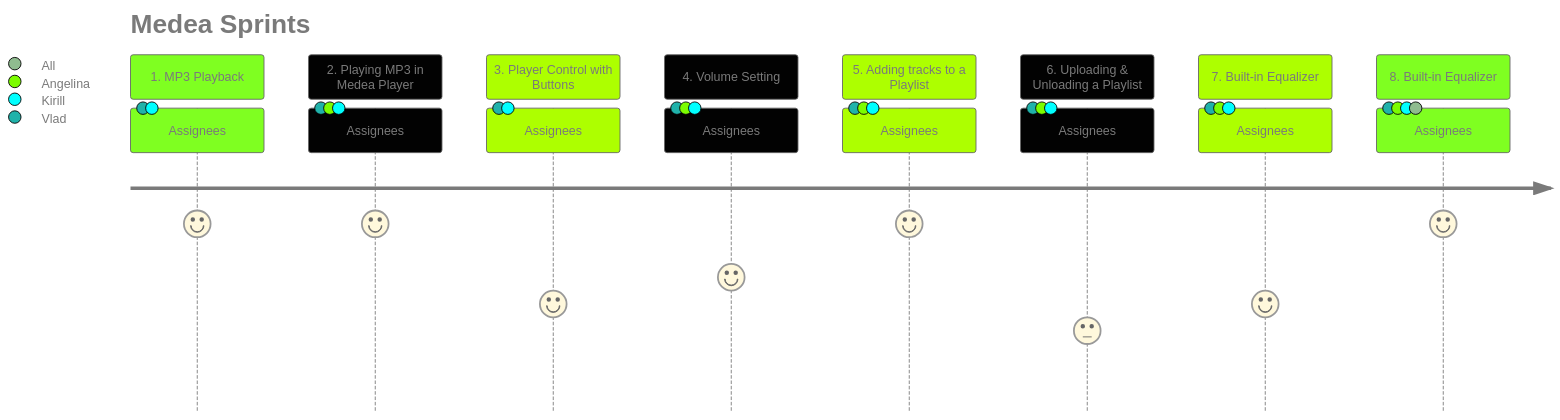
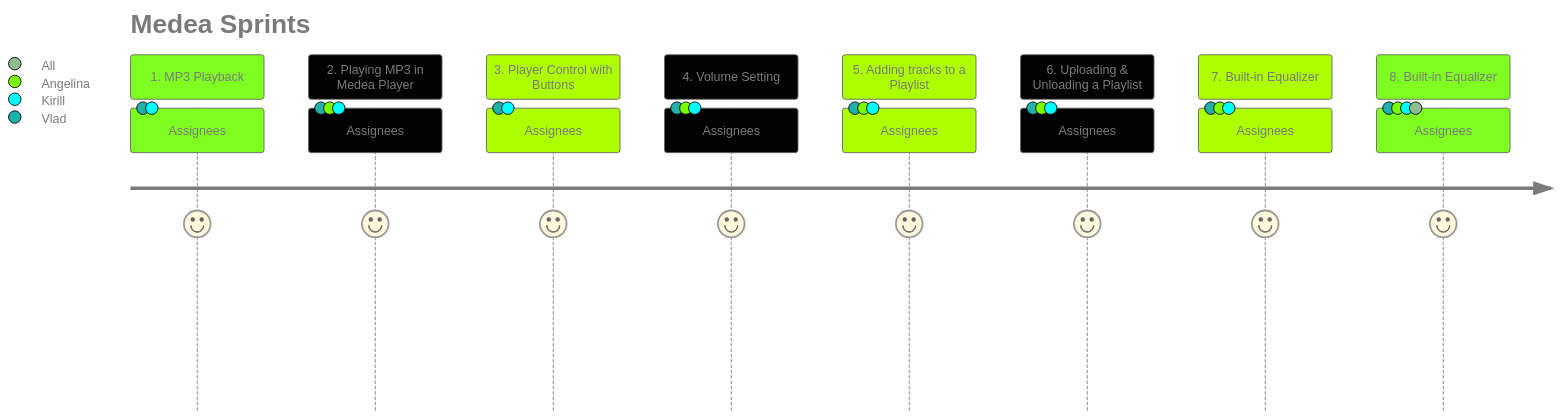
One commit to angversh/Medea changed the diagram in README.md. Above: the diagram before and after it, drawn with Mermaid.

````diff
--- a/README.md
+++ b/README.md
@@ -13,21 +13,21 @@
 ```mermaid
 %%{init: {'theme': 'base', 'themeVariables': { 'fillType0': '#7FFF21', 'fillType1': '#020202', 'fillType2': '#ADFF00', 'fillType3': '#020202', 'fillType4': '#ADFF00', 'fillType5': '#020202', 'fillType6': '#ADFF00', 'fillType7': '#020202', 'fillType8': '#020202','textColor':'#7A7A7A', 'fontSize':'14px'}}}%%
   journey
     title Medea Sprints
     section 1. MP3 Playback
       Assignees: 7: Vlad, Kirill 
     section 2. Playing MP3 in Medea Player
       Assignees: 7: Vlad, Angelina, Kirill 
     section 3. Player Control with Buttons
-      Assignees: 4: Vlad, Kirill
+      Assignees: 7: Vlad, Kirill
     section 4. Volume Setting 
-      Assignees: 5: Vlad, Angelina, Kirill 
+      Assignees: 7: Vlad, Angelina, Kirill 
     section 5. Adding tracks to a Playlist
       Assignees: 7: Vlad, Angelina, Kirill
     section 6. Uploading & Unloading a Playlist
-      Assignees: 3: Vlad, Angelina, Kirill
+      Assignees: 7: Vlad, Angelina, Kirill
     section 7. Built-in Equalizer
-      Assignees: 4: Vlad, Angelina, Kirill 
+      Assignees: 7: Vlad, Angelina, Kirill 
     section 8. Built-in Equalizer
       Assignees: 7: Vlad, Angelina, Kirill, All 
  ```
````
